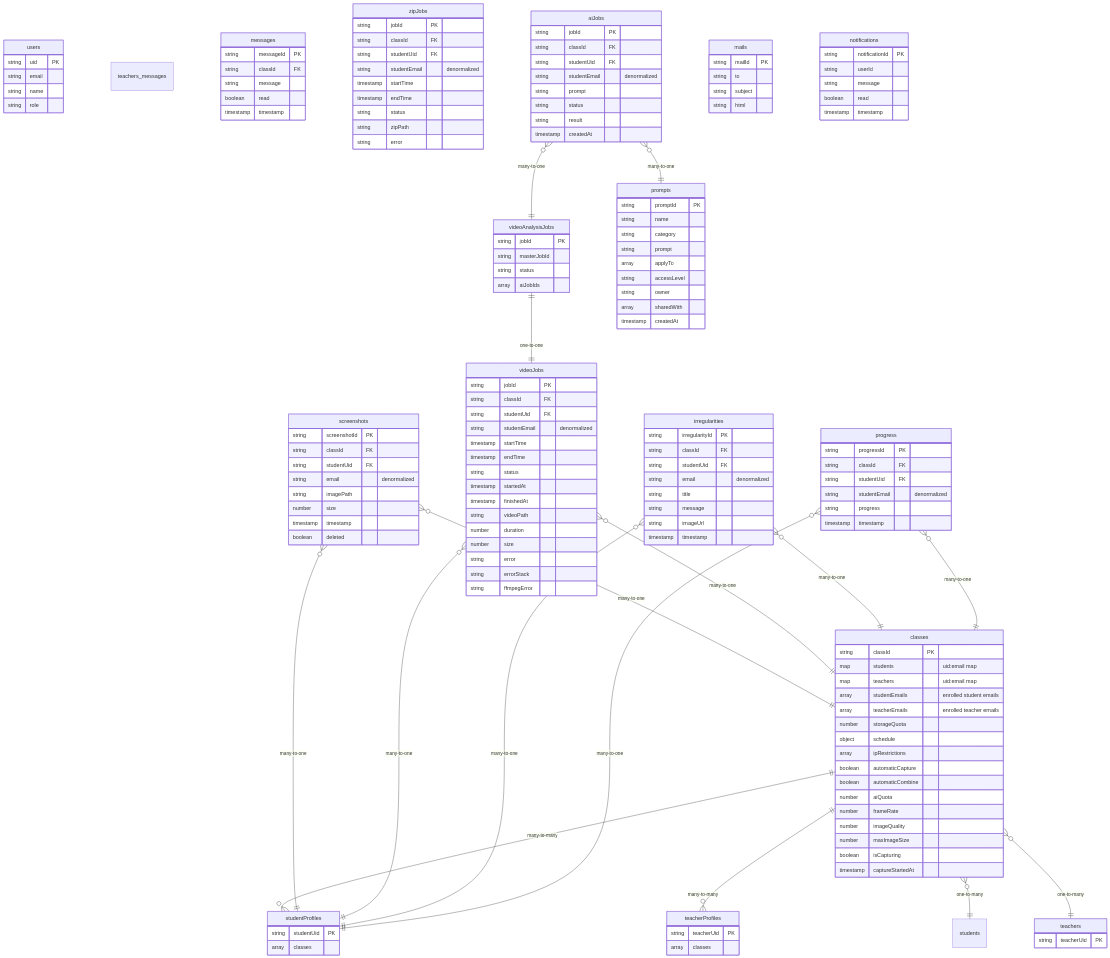
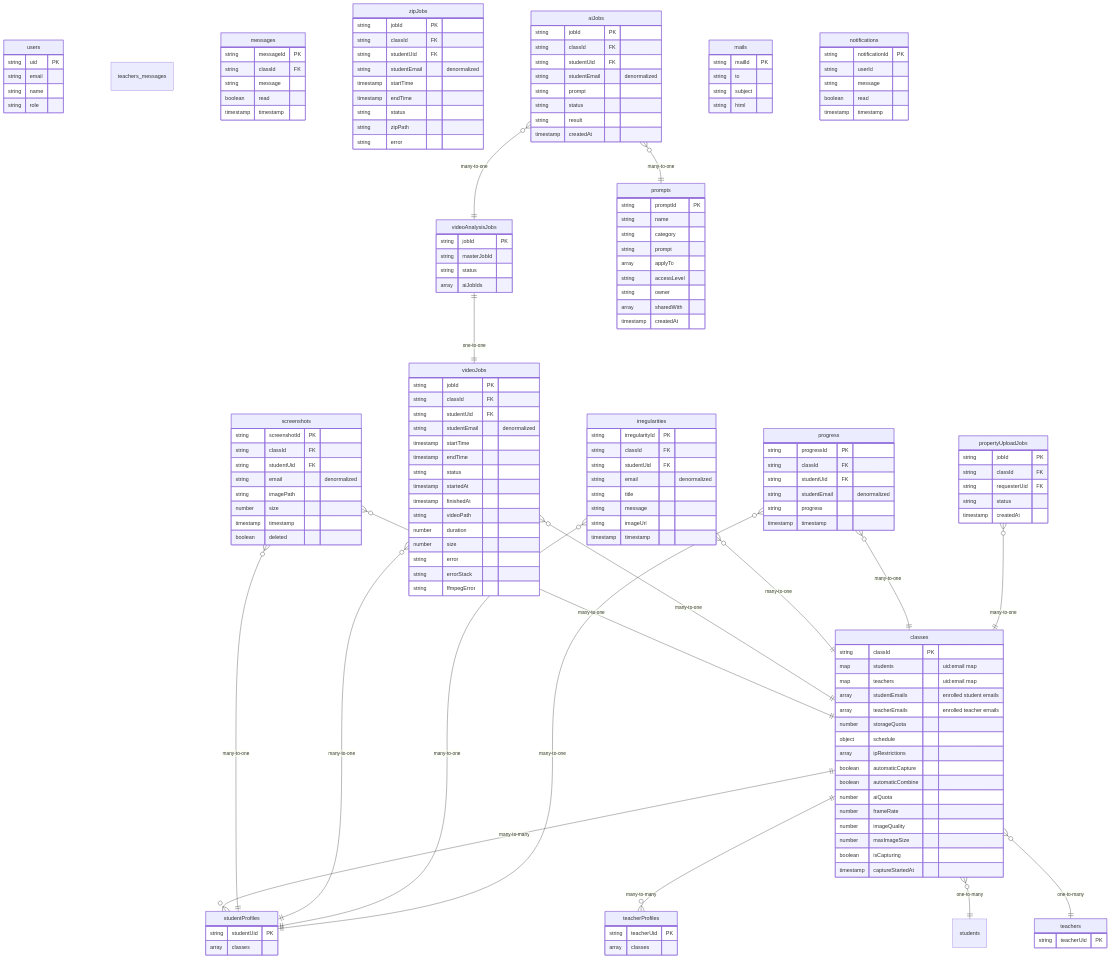
The diagram in docs/firestore-schema.md (wongcyrus/Gemini-AI-Classroom-Assistant), drawn with Mermaid before and after one commit. The commit also changed other lines of this file and 2 other files, not shown here.

````diff
--- a/docs/firestore-schema.md
+++ b/docs/firestore-schema.md
@@ -102,7 +102,7 @@
         array aiJobIds
     }
 
-    aiJobs {
+aiJobs {
         string jobId PK
         string classId FK
         string studentUid FK
@@ -160,6 +160,14 @@
         timestamp createdAt
     }
 
+    propertyUploadJobs {
+        string jobId PK
+        string classId FK
+        string requesterUid FK
+        string status
+        timestamp createdAt
+    }
+
     classes ||--o{ studentProfiles : "many-to-many"
     classes ||--o{ teacherProfiles : "many-to-many"
     classes }o--|| students : "one-to-many"
@@ -175,5 +183,6 @@
     progress }o--|| classes : "many-to-one"
     progress }o--|| studentProfiles : "many-to-one"
     aiJobs }o--|| prompts : "many-to-one"
+    propertyUploadJobs }o--|| classes : "many-to-one"
 
 ```
````
